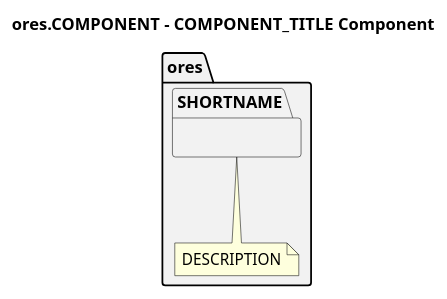
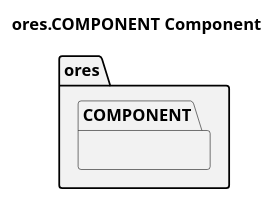
One commit to OreStudio/OreStudio changed the diagram in doc/skills/component-creator/SKILL.org. Above: the diagram before and after it, drawn with PlantUML. The commit also changed other lines of this file and 43 other files, not shown here.

First line of the commit message:
[codegen] Add component scaffold generation and ores.trade project

```diff
--- a/doc/skills/component-creator/SKILL.org
+++ b/doc/skills/component-creator/SKILL.org
@@ -630,37 +120,32 @@
 #+begin_src plantuml
-' -*- mode: plantuml; tab-width: 4; indent-tabs-mode: nil; c-basic-offset: 4 -*'
+' -*- mode: plantuml; tab-width: 4; indent-tabs-mode: nil; c-basic-offset: 4 -*-
 '
-' Copyright (C) 2025 Marco Craveiro <marco.craveiro@gmail.com>
+' Copyright (C) 2026 Marco Craveiro <marco.craveiro@gmail.com>
 '
 ' This program is free software; you can redistribute it and/or modify it under
 ' the terms of the GNU General Public License as published by the Free Software
 ' Foundation; either version 3 of the License, or (at your option) any later
 ' version.
 '
 ' This program is distributed in the hope that it will be useful, but WITHOUT
-'  ANY WARRANTY; without even the implied warranty of MERCHANTABILITY or FITNESS
+' ANY WARRANTY; without even the implied warranty of MERCHANTABILITY or FITNESS
 ' FOR A PARTICULAR PURPOSE. See the GNU General Public License for more details.
 '
 ' You should have received a copy of the GNU General Public License along with
-' GNU Emacs; see the file COPYING. If not, write to the Free Software
-' Foundation, Inc., 51 Franklin Street, Fifth Floor, Boston, MA 02110-1301, USA.
+' this program; if not, write to the Free Software Foundation, Inc., 51 Franklin
+' Street, Fifth Floor, Boston, MA 02110-1301, USA.
+'
 @startuml
-!pragma layout smetana
 
-title ores.COMPONENT - COMPONENT_TITLE Component
+title ores.COMPONENT Component
 
 set namespaceSeparator ::
 
 namespace ores #F2F2F2 {
-    note "DESCRIPTION" as ores_SHORTNAME_note
-    SHORTNAME --- ores_SHORTNAME_note
-    namespace SHORTNAME #F2F2F2 {
-
+    namespace COMPONENT #F2F2F2 {
+        ' Domain types to be added.
     }
 }
 
-' Local Variables:
-' compile-command: "java -Djava.awt.headless=true -DPLANTUML_SECURITY_PROFILE=UNSECURE -DPLANTUML_LIMIT_SIZE=65535 -jar /usr/share/plantuml/plantuml.jar ores.COMPONENT.puml"
-' End:
 @enduml
 #+end_src
```
